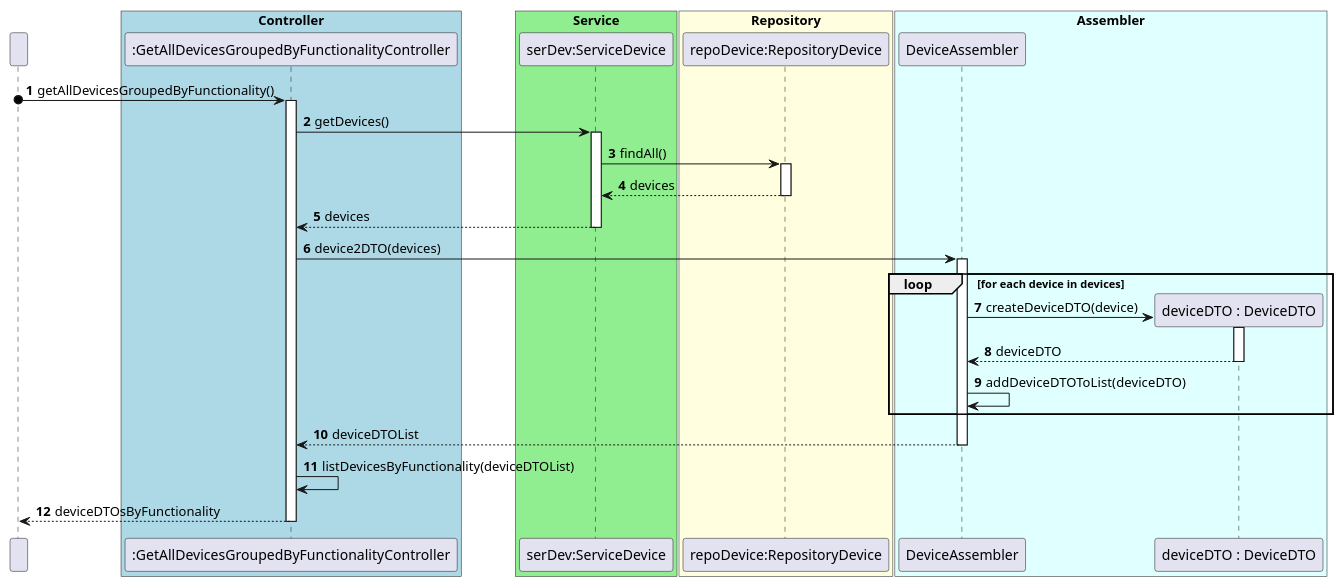
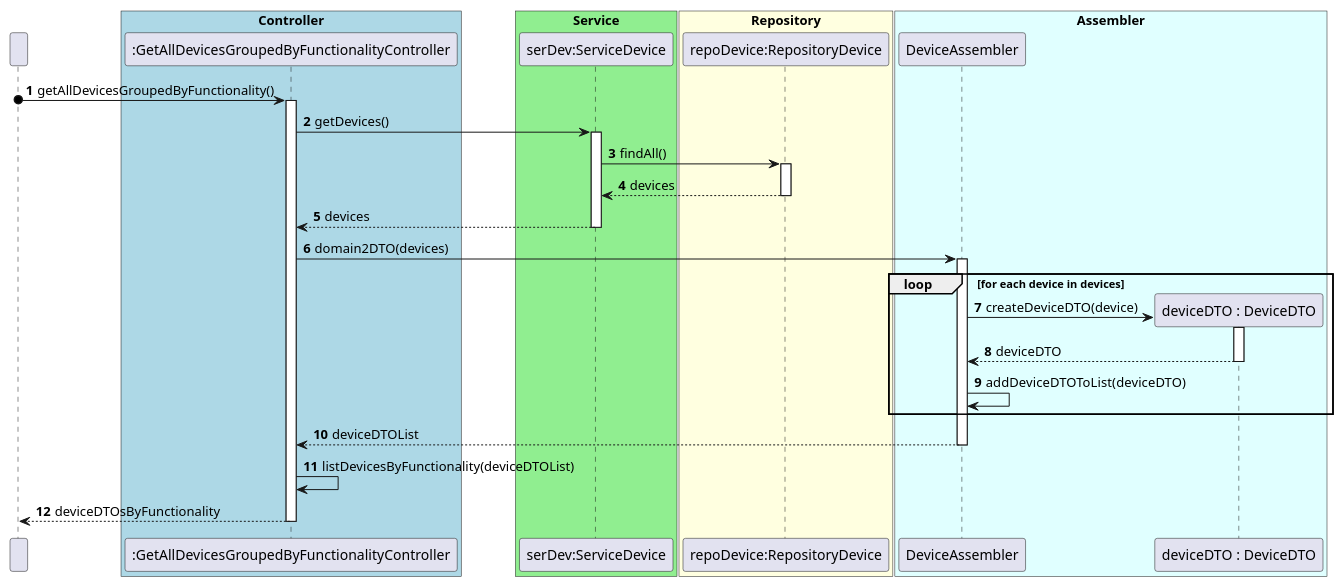
One commit to olivDiogo/SmartHome changed the diagram in docs/userStories/us09/artifacts/US09SD.puml. Above: the diagram before and after it, drawn with PlantUML. The commit also changed 1 other file, not shown here.

Commit message:
#59 docs: minor change to US09 Class Diagram

```diff
--- a/docs/userStories/us09/artifacts/US09SD.puml
+++ b/docs/userStories/us09/artifacts/US09SD.puml
@@ -1,74 +1,74 @@
 @startuml
 'https://plantuml.com/sequence-diagram
 !pragma layout smetana
 
 participant " " as User
 
 box "Controller" #LightBlue
 participant ":GetAllDevicesGroupedByFunctionalityController" as GetAllDevicesGroupedByFunctionalityController
 end box
 
 box "Service" #LightGreen
 participant "serDev:ServiceDevice" as ServiceDevice
 end box
 
 box "Repository" #LightYellow
 participant "repoDevice:RepositoryDevice" as RepositoryDevice
 end box
 
 box "Assembler" #LightCyan
 participant "DeviceAssembler" as DeviceAssembler
 
 participant "deviceDTO : DeviceDTO" as DeviceDTO
 end box
 
 autonumber
 
 User o-> GetAllDevicesGroupedByFunctionalityController: getAllDevicesGroupedByFunctionality()
 
 activate GetAllDevicesGroupedByFunctionalityController
 
 
 GetAllDevicesGroupedByFunctionalityController -> ServiceDevice : getDevices()
 
 activate ServiceDevice
 
 ServiceDevice -> RepositoryDevice: findAll()
 
 activate RepositoryDevice
 
 RepositoryDevice --> ServiceDevice: devices
 
 deactivate RepositoryDevice
 
 ServiceDevice --> GetAllDevicesGroupedByFunctionalityController: devices
 
 deactivate ServiceDevice
 
-GetAllDevicesGroupedByFunctionalityController -> DeviceAssembler: device2DTO(devices)
+GetAllDevicesGroupedByFunctionalityController -> DeviceAssembler: domain2DTO(devices)
 
 loop for each device in devices
     activate DeviceAssembler
     create DeviceDTO
     DeviceAssembler -> DeviceDTO: createDeviceDTO(device)
 
     activate DeviceDTO
 
     DeviceDTO --> DeviceAssembler: deviceDTO
 
     deactivate DeviceDTO
 
     DeviceAssembler -> DeviceAssembler: addDeviceDTOToList(deviceDTO)
 end
 
 DeviceAssembler --> GetAllDevicesGroupedByFunctionalityController: deviceDTOList
 
 deactivate DeviceAssembler
 
 GetAllDevicesGroupedByFunctionalityController -> GetAllDevicesGroupedByFunctionalityController: listDevicesByFunctionality(deviceDTOList)
 
 GetAllDevicesGroupedByFunctionalityController --> User: deviceDTOsByFunctionality
 
 deactivate GetAllDevicesGroupedByFunctionalityController
 
 @enduml
```
